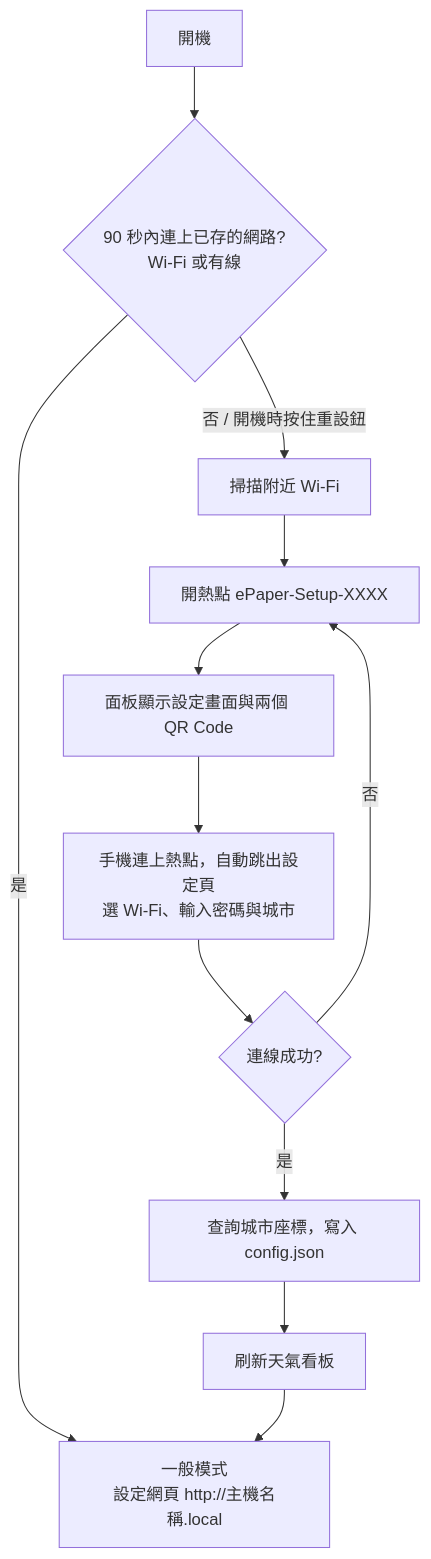
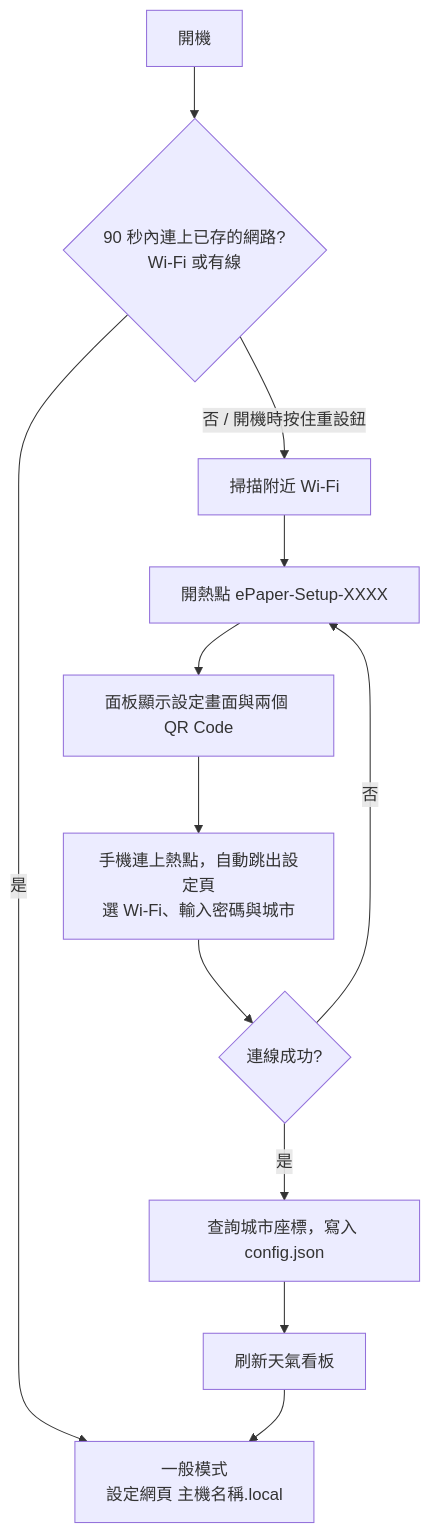
One commit to crazylittleJ/epaper-weather-dashboard changed the second of 3 diagrams in README.zh-TW.md. Above: the diagram before and after it, drawn with Mermaid. The commit also changed other lines of this file and 7 other files, not shown here.

````diff
--- a/README.zh-TW.md
+++ b/README.zh-TW.md
@@ -385,14 +386,14 @@
 ```mermaid
 flowchart TD
     A[開機] --> B{90 秒內連上已存的網路?<br/>Wi-Fi 或有線}
-    B -- 是 --> N[一般模式<br/>設定網頁 http://主機名稱.local]
+    B -- 是 --> N["一般模式<br/>設定網頁 主機名稱.local"]
     B -- 否 / 開機時按住重設鈕 --> S[掃描附近 Wi-Fi]
     S --> H[開熱點 ePaper-Setup-XXXX]
     H --> P[面板顯示設定畫面與兩個 QR Code]
     P --> W[手機連上熱點，自動跳出設定頁<br/>選 Wi-Fi、輸入密碼與城市]
     W --> C{連線成功?}
     C -- 是 --> G[查詢城市座標，寫入 config.json]
     G --> D[刷新天氣看板]
     D --> N
     C -- 否 --> H
 ```
````
